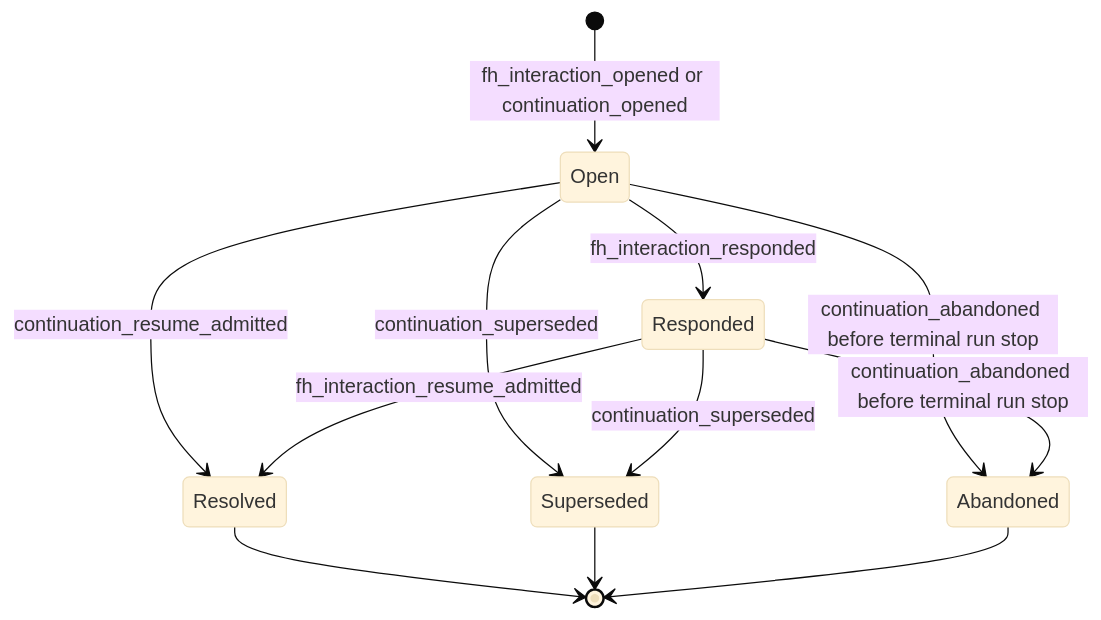
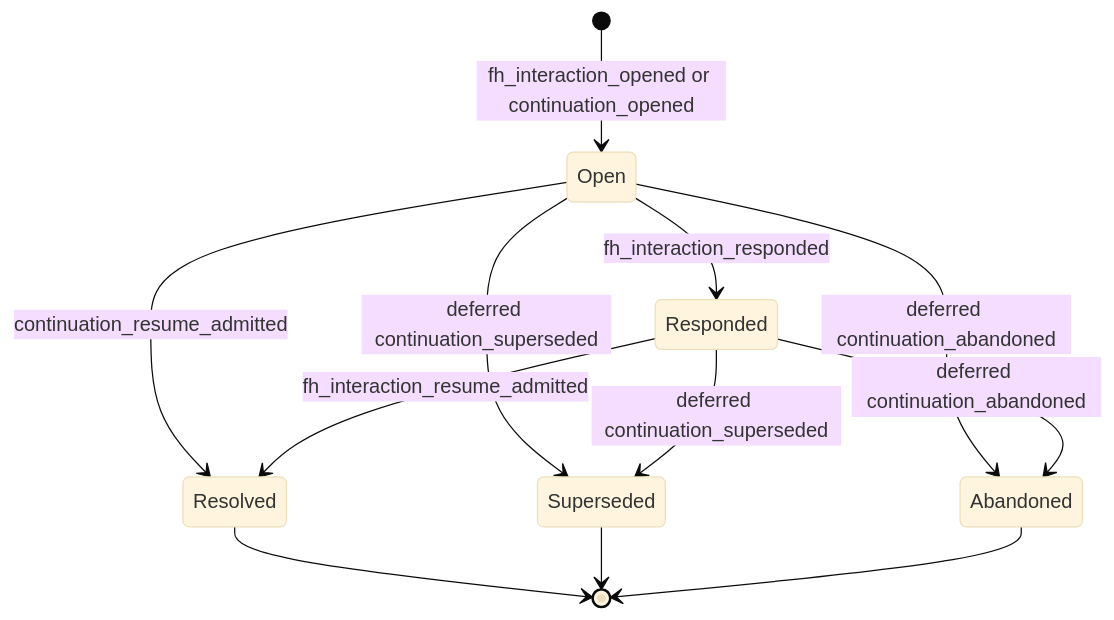
The fourth of 7 diagrams in build_tenants/abiogenesis/typescript/design/M05_DIRECT_GTL_TRAVERSAL_EXPANSION_DESIGN.md (foolishimp/abiogenesis), drawn with Mermaid (base theme) before and after one commit. The commit also changed other lines of this file and 32 other files, not shown here.

````diff
--- a/build_tenants/abiogenesis/typescript/design/M05_DIRECT_GTL_TRAVERSAL_EXPANSION_DESIGN.md
+++ b/build_tenants/abiogenesis/typescript/design/M05_DIRECT_GTL_TRAVERSAL_EXPANSION_DESIGN.md
@@ -998,14 +999,14 @@
 ```mermaid
 stateDiagram-v2
   [*] --> Open: fh_interaction_opened or continuation_opened
   Open --> Responded: fh_interaction_responded
   Open --> Resolved: continuation_resume_admitted
   Responded --> Resolved: fh_interaction_resume_admitted
-  Open --> Superseded: continuation_superseded
-  Responded --> Superseded: continuation_superseded
-  Open --> Abandoned: continuation_abandoned before terminal run stop
-  Responded --> Abandoned: continuation_abandoned before terminal run stop
+  Open --> Superseded: deferred continuation_superseded
+  Responded --> Superseded: deferred continuation_superseded
+  Open --> Abandoned: deferred continuation_abandoned
+  Responded --> Abandoned: deferred continuation_abandoned
   Resolved --> [*]
   Superseded --> [*]
   Abandoned --> [*]
 ```
````
